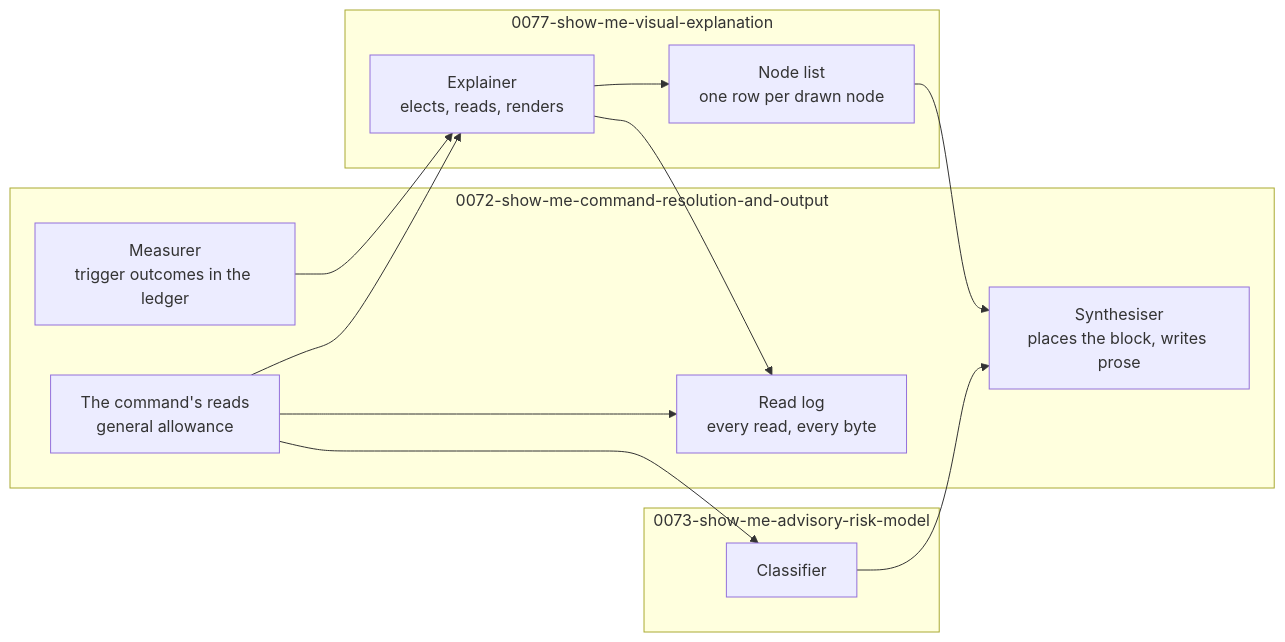
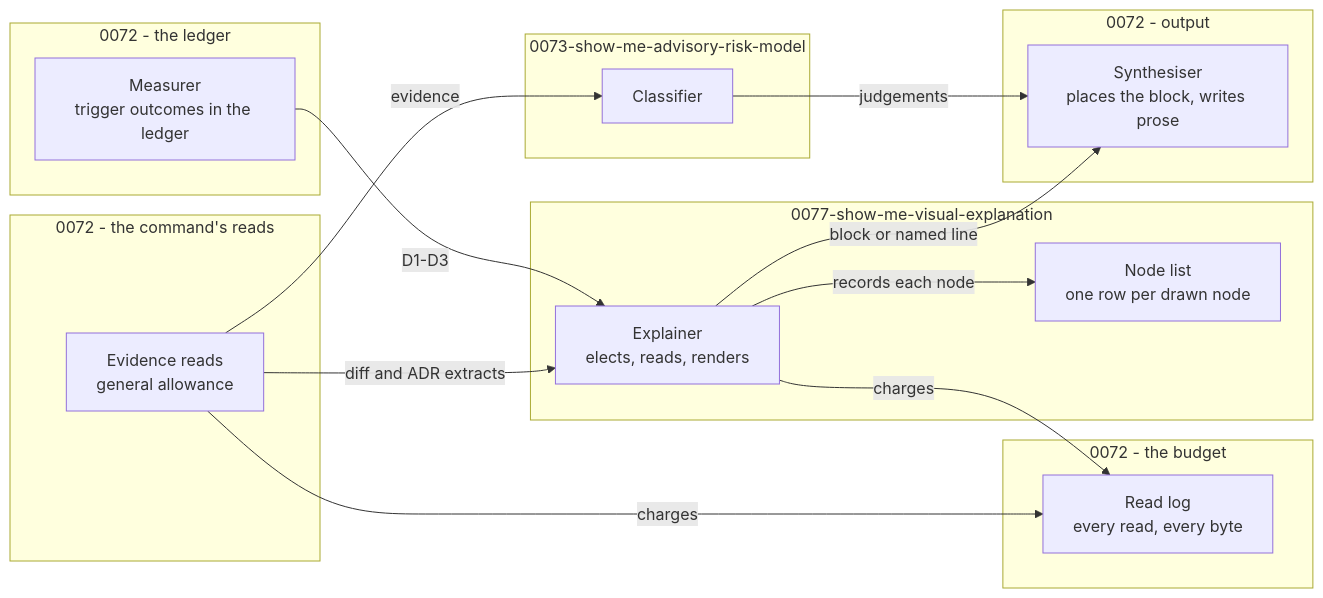
One commit to BrighterCommand/Brighter changed the second of 2 diagrams in docs/adr/0077-show-me-visual-explanation.md. Above: the diagram before and after it, drawn with Mermaid. The commit also changed other lines of this file and 4 other files, not shown here.

````diff
--- a/docs/adr/0077-show-me-visual-explanation.md
+++ b/docs/adr/0077-show-me-visual-explanation.md
@@ -188,24 +190,30 @@
 ```mermaid
 flowchart LR
-    subgraph ADR0072["0072-show-me-command-resolution-and-output"]
+    subgraph LED["0072 - the ledger"]
         M["Measurer<br/>trigger outcomes in the ledger"]
-        RD["The command's reads<br/>general allowance"]
-        RL["Read log<br/>every read, every byte"]
-        S["Synthesiser<br/>places the block, writes prose"]
     end
-    subgraph ADR0073["0073-show-me-advisory-risk-model"]
-        CL["Classifier"]
+    subgraph IN["0072 - the command's reads"]
+        RD["Evidence reads<br/>general allowance"]
     end
     subgraph ADR0077["0077-show-me-visual-explanation"]
         EX["Explainer<br/>elects, reads, renders"]
         NL["Node list<br/>one row per drawn node"]
     end
-    M --> EX
-    RD --> EX
-    RD --> RL
-    EX --> RL
-    EX --> NL
-    NL --> S
-    RD --> CL
-    CL --> S
+    subgraph LOG["0072 - the budget"]
+        RL["Read log<br/>every read, every byte"]
+    end
+    subgraph ADR0073["0073-show-me-advisory-risk-model"]
+        CL["Classifier"]
+    end
+    subgraph OUT["0072 - output"]
+        S["Synthesiser<br/>places the block, writes prose"]
+    end
+    M -->|"D1-D3"| EX
+    RD -->|"diff and ADR extracts"| EX
+    EX -->|"charges"| RL
+    RD -->|"charges"| RL
+    EX -->|"records each node"| NL
+    EX -->|"block or named line"| S
+    RD -->|"evidence"| CL
+    CL -->|"judgements"| S
 ```
````
